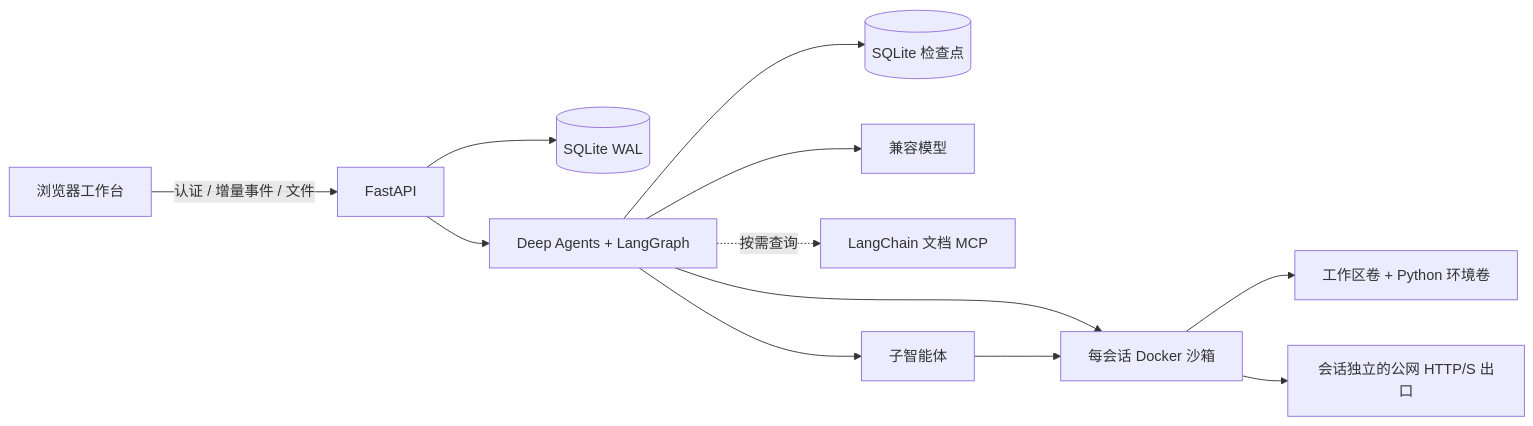
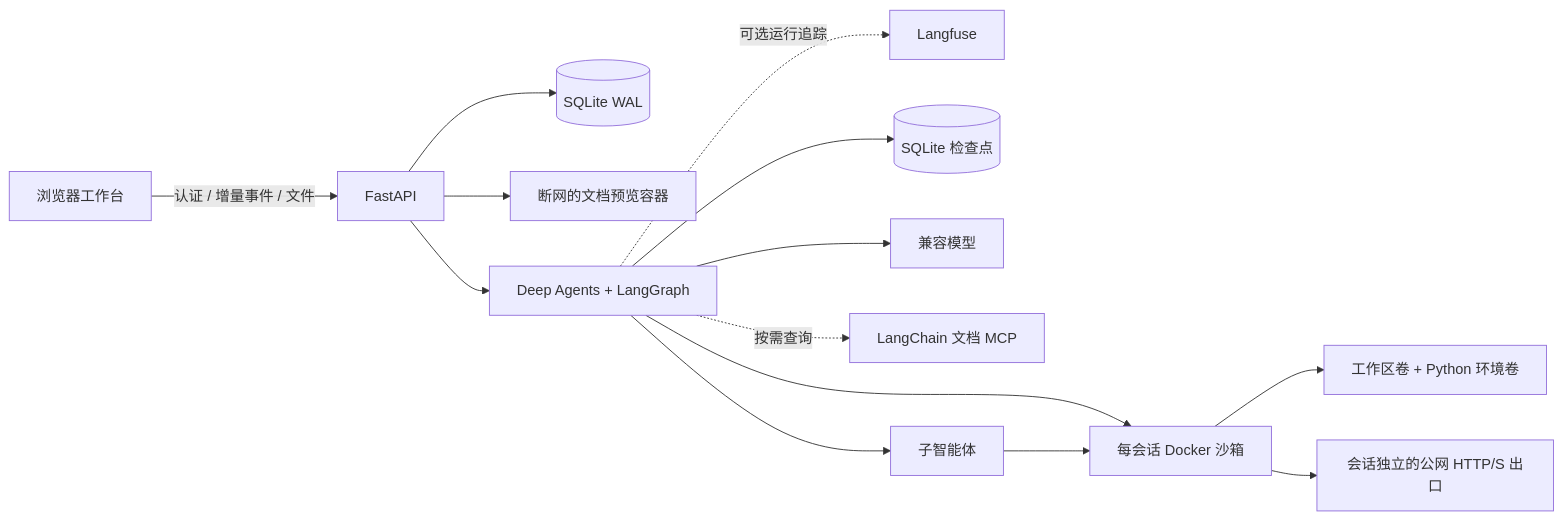
The diagram in README.md (zlstart/codex_deepagents), drawn with Mermaid before and after one commit. The commit also changed other lines of this file and 79 other files, not shown here.

````diff
--- a/README.md
+++ b/README.md
@@ -38,14 +52,16 @@
 ```mermaid
 flowchart LR
     Browser[浏览器工作台] -->|认证 / 增量事件 / 文件| API[FastAPI]
     API --> DB[(SQLite WAL)]
+    API --> Office[断网的文档预览容器]
     API --> Graph[Deep Agents + LangGraph]
+    Graph -. 可选运行追踪 .-> Langfuse[Langfuse]
     Graph --> Checkpoint[(SQLite 检查点)]
     Graph --> Model[兼容模型]
     Graph -. 按需查询 .-> Docs[LangChain 文档 MCP]
     Graph --> Specialists[子智能体]
     Graph --> Box[每会话 Docker 沙箱]
     Specialists --> Box
     Box --> Vol[工作区卷 + Python 环境卷]
     Box --> Proxy[会话独立的公网 HTTP/S 出口]
 ```
````
